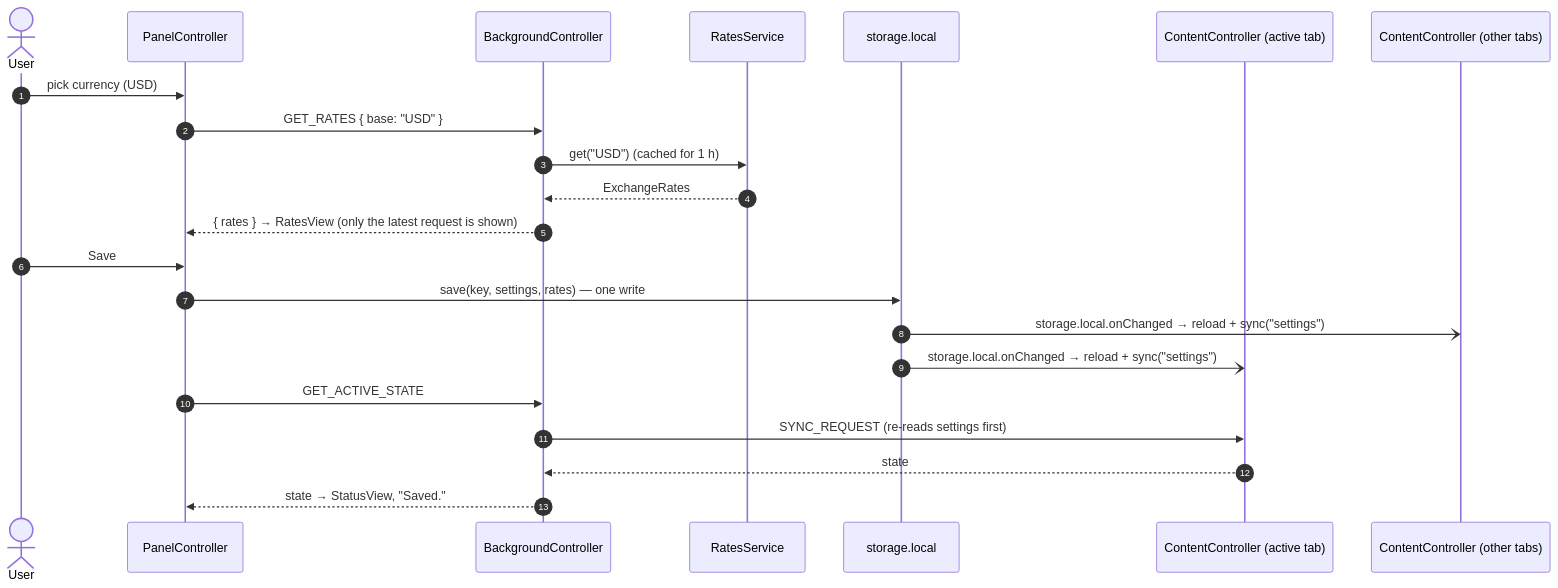
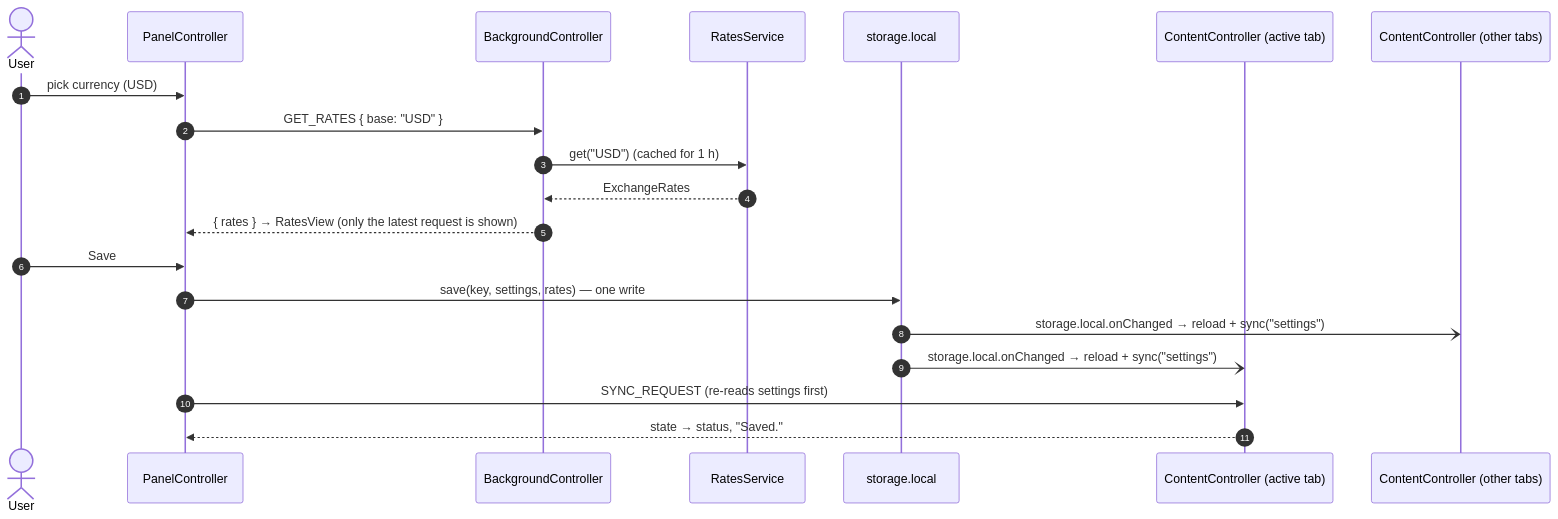
The sixth of 8 diagrams in docs/architecture.md (radyak/minerva-browserplugin), drawn with Mermaid before and after one commit. The commit also changed other lines of this file and 43 other files, not shown here.

````diff
--- a/docs/architecture.md
+++ b/docs/architecture.md
@@ -300,25 +301,23 @@
 ```mermaid
 sequenceDiagram
   autonumber
   actor User
   participant PC as PanelController
   participant BC as BackgroundController
   participant RS as RatesService
   participant Store as storage.local
   participant Tab as ContentController (active tab)
   participant Other as ContentController (other tabs)
 
   User->>PC: pick currency (USD)
   PC->>BC: GET_RATES { base: "USD" }
   BC->>RS: get("USD") (cached for 1 h)
   RS-->>BC: ExchangeRates
   BC-->>PC: { rates } → RatesView (only the latest request is shown)
   User->>PC: Save
   PC->>Store: save(key, settings, rates) — one write
   Store-)Other: storage.local.onChanged → reload + sync("settings")
   Store-)Tab: storage.local.onChanged → reload + sync("settings")
-  PC->>BC: GET_ACTIVE_STATE
-  BC->>Tab: SYNC_REQUEST (re-reads settings first)
-  Tab-->>BC: state
-  BC-->>PC: state → StatusView, "Saved."
+  PC->>Tab: SYNC_REQUEST (re-reads settings first)
+  Tab-->>PC: state → status, "Saved."
 ```
````
